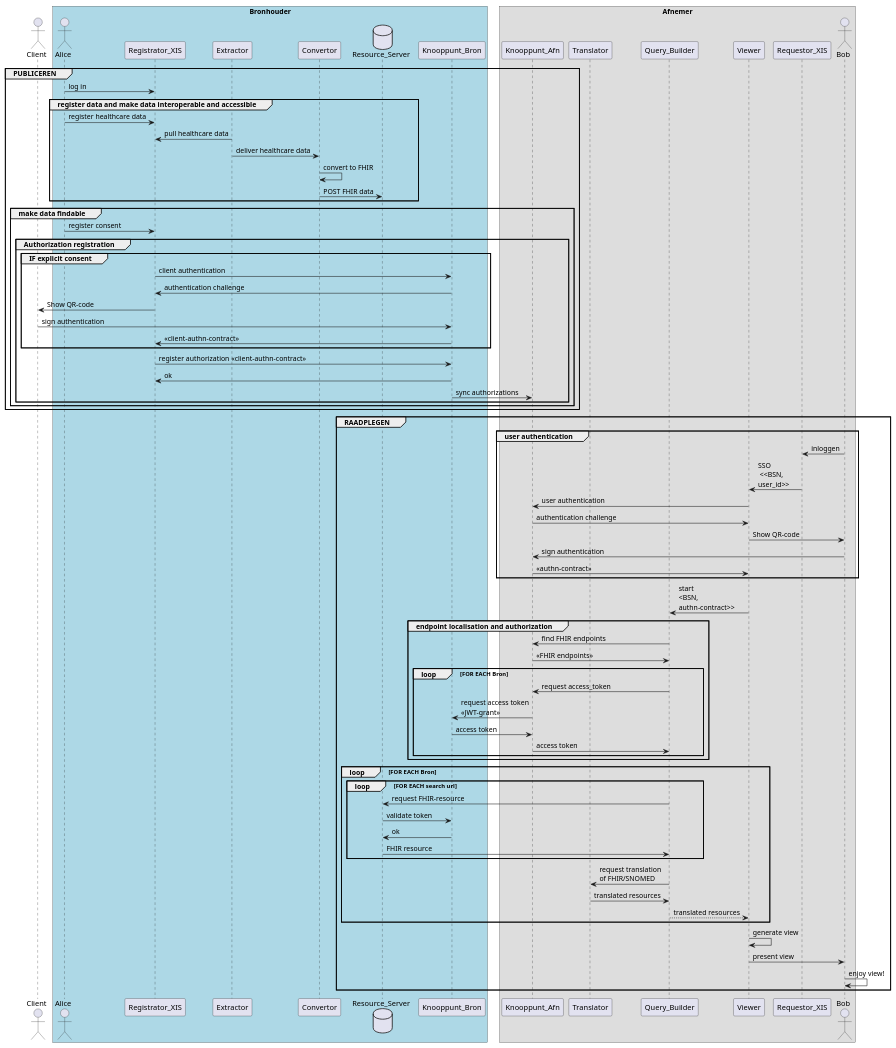
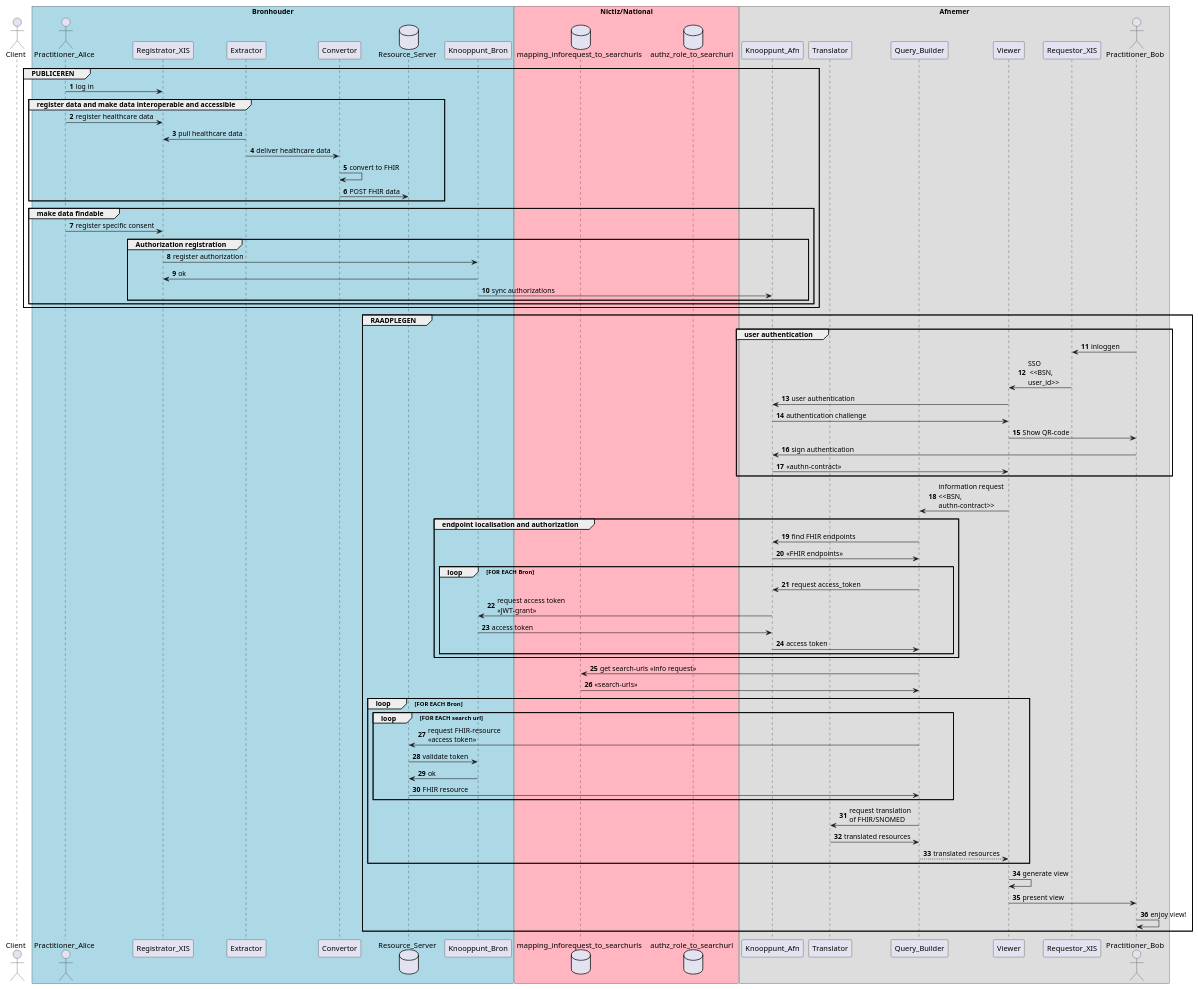
Before and after one commit to jorritspee/plantuml-zorginzage-babyconnect: the diagram in sequence-diagram-zorginzage-babyconnect.puml, drawn with PlantUML.

Commit message:
deleted digital signing of explicit consent

```diff
--- a/sequence-diagram-zorginzage-babyconnect.puml
+++ b/sequence-diagram-zorginzage-babyconnect.puml
@@ -1,87 +1,89 @@
 @startuml
+autonumber
 actor Client
 box "Bronhouder" #LightBlue
-actor Alice
+actor Practitioner_Alice
 participant Registrator_XIS
 participant Extractor
 participant Convertor
 database Resource_Server
 participant Knooppunt_Bron
+end box
+
+box "Nictiz/National" #LightPink
+database mapping_inforequest_to_searchurls
+database authz_role_to_searchurl
 end box
 
 box "Afnemer"
 participant Knooppunt_Afn
 participant Translator
 participant Query_Builder
 participant Viewer
 participant Requestor_XIS
-actor Bob
+actor Practitioner_Bob
 end box
 
 group PUBLICEREN
-  Alice -> Registrator_XIS : log in
+  Practitioner_Alice -> Registrator_XIS : log in
   group register data and make data interoperable and accessible
-    Alice -> Registrator_XIS : register healthcare data
+    Practitioner_Alice -> Registrator_XIS : register healthcare data
     Registrator_XIS <- Extractor: pull healthcare data
     Extractor -> Convertor: deliver healthcare data
     Convertor -> Convertor : convert to FHIR
     Convertor -> Resource_Server : POST FHIR data
   end
 
   group make data findable
-    Alice -> Registrator_XIS : register consent
+    Practitioner_Alice -> Registrator_XIS : register specific consent
     group Authorization registration
-      group IF explicit consent
-        Registrator_XIS -> Knooppunt_Bron : client authentication
-        Registrator_XIS <- Knooppunt_Bron : authentication challenge
-        Registrator_XIS -> Client : Show QR-code
-        Client -> Knooppunt_Bron: sign authentication
-        Knooppunt_Bron -> Registrator_XIS : <<client-authn-contract>>
-      end
-      Registrator_XIS -> Knooppunt_Bron : register authorization <<client-authn-contract>>
+      Registrator_XIS -> Knooppunt_Bron : register authorization
       Registrator_XIS <- Knooppunt_Bron : ok
       Knooppunt_Bron -> Knooppunt_Afn : sync authorizations
     end
   end
 end
 
 group RAADPLEGEN
   group user authentication
-    Bob -> Requestor_XIS : inloggen
+    Practitioner_Bob -> Requestor_XIS : inloggen
     Requestor_XIS -> Viewer: SSO\n <<BSN,\nuser_id>>
     Viewer -> Knooppunt_Afn : user authentication
     Knooppunt_Afn -> Viewer : authentication challenge
-    Viewer -> Bob : Show QR-code
-    Bob -> Knooppunt_Afn: sign authentication
+    Viewer -> Practitioner_Bob : Show QR-code
+    Practitioner_Bob -> Knooppunt_Afn: sign authentication
     Knooppunt_Afn -> Viewer : <<authn-contract>>
   end
-  Viewer -> Query_Builder : start\n<BSN,\nauthn-contract>>
-
+  Viewer -> Query_Builder : information request\n<<BSN,\nauthn-contract>>
+  
   group endpoint localisation and authorization
     Query_Builder -> Knooppunt_Afn : find FHIR endpoints
     Query_Builder <- Knooppunt_Afn : <<FHIR endpoints>>
     
     loop FOR EACH Bron
     Query_Builder -> Knooppunt_Afn : request access_token
     Knooppunt_Afn -> Knooppunt_Bron : request access token\n<<JWT-grant>>
     Knooppunt_Afn <- Knooppunt_Bron: access token
     Query_Builder <- Knooppunt_Afn : access token
     end
   end 
+
+  Query_Builder ->  mapping_inforequest_to_searchurls : get search-urls <<info request>>
+  Query_Builder <-  mapping_inforequest_to_searchurls : <<search-urls>>
   
   loop FOR EACH Bron
     loop FOR EACH search url
-      Query_Builder -> Resource_Server : request FHIR-resource
+      Query_Builder -> Resource_Server : request FHIR-resource\n<<access token>>
       Resource_Server -> Knooppunt_Bron: validate token
       Resource_Server <- Knooppunt_Bron: ok
       Query_Builder <- Resource_Server : FHIR resource
     end
     Query_Builder -> Translator: request translation\nof FHIR/SNOMED
     Query_Builder <- Translator: translated resources
     Query_Builder --> Viewer: translated resources
   end
   Viewer -> Viewer : generate view
-  Viewer -> Bob: present view
-  Bob -> Bob: enjoy view!
+  Viewer -> Practitioner_Bob: present view
+  Practitioner_Bob -> Practitioner_Bob: enjoy view!
 end
 @enduml
```
